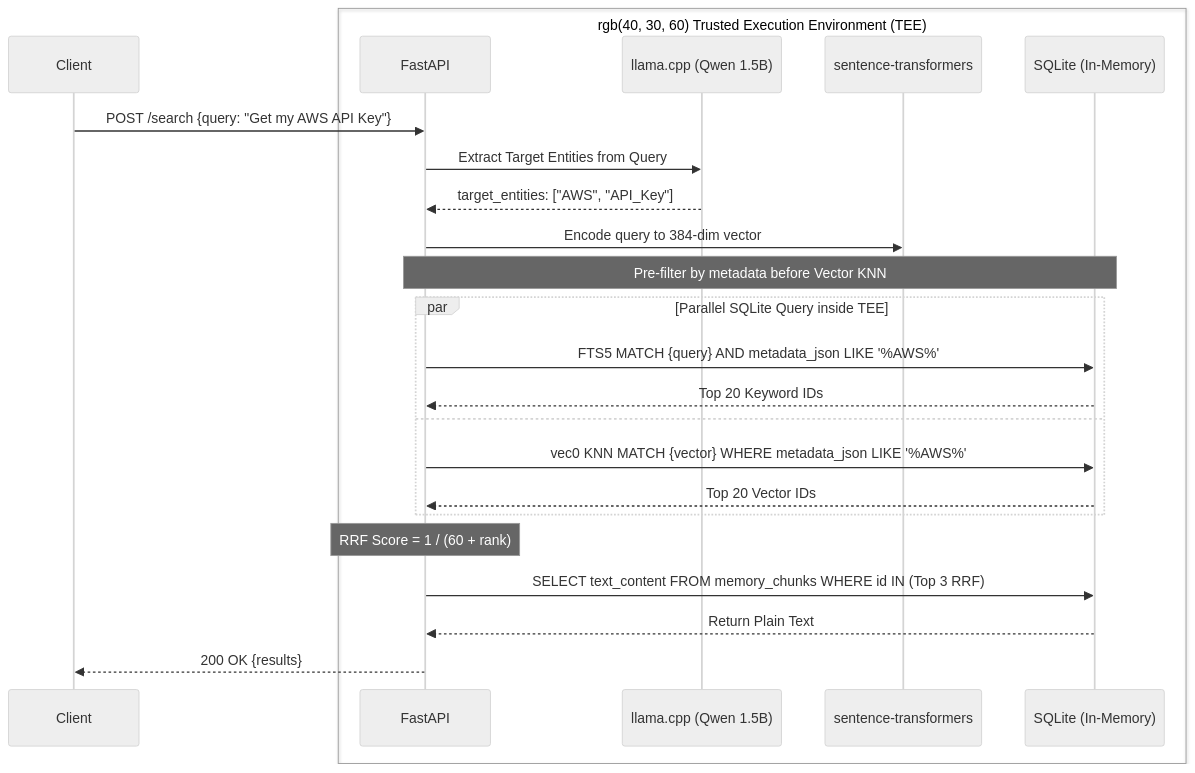
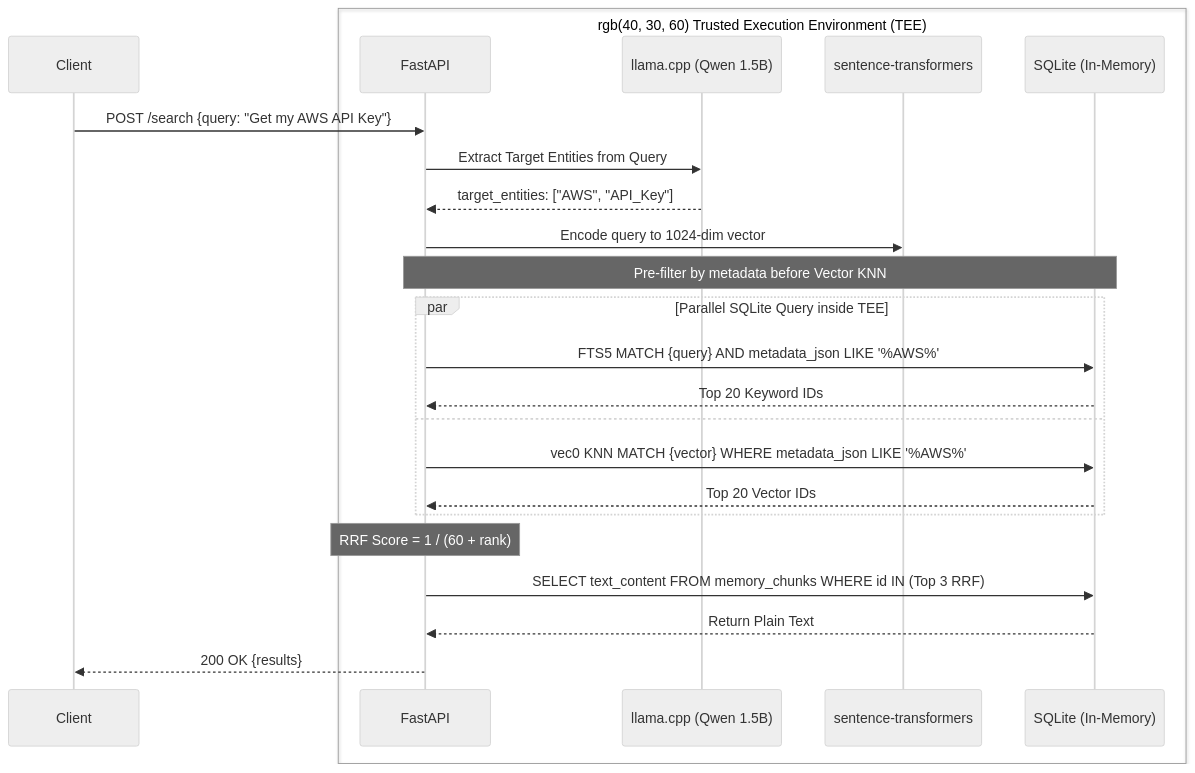
The second of 2 diagrams in docs/specs/tee/tdx-saas.md (p-diogo/totalreclaw), drawn with Mermaid (neutral theme) before and after one commit. The commit also changed other lines of this file and 10 other files, not shown here.

````diff
--- a/docs/specs/tee/tdx-saas.md
+++ b/docs/specs/tee/tdx-saas.md
@@ -105,34 +105,34 @@
 ```mermaid
 sequenceDiagram
     participant Client
     box rgb(40, 30, 60) Trusted Execution Environment (TEE)
     participant API as FastAPI
     participant LLM as llama.cpp (Qwen 1.5B)
     participant Model as sentence-transformers
     participant DB as SQLite (In-Memory)
     end
 
     Client->>API: POST /search {query: "Get my AWS API Key"}
     
     %% LLM Query Parsing
     API->>LLM: Extract Target Entities from Query
     LLM-->>API: target_entities: ["AWS", "API_Key"]
     
-    API->>Model: Encode query to 384-dim vector
+    API->>Model: Encode query to 1024-dim vector
     
     %% SQLite Pre-Filtering Execution
     Note over API, DB: Pre-filter by metadata before Vector KNN
     par Parallel SQLite Query inside TEE
         API->>DB: FTS5 MATCH {query} AND metadata_json LIKE '%AWS%'
         DB-->>API: Top 20 Keyword IDs
     and
         API->>DB: vec0 KNN MATCH {vector} WHERE metadata_json LIKE '%AWS%'
         DB-->>API: Top 20 Vector IDs
     end
     
     Note over API: RRF Score = 1 / (60 + rank)
     
     API->>DB: SELECT text_content FROM memory_chunks WHERE id IN (Top 3 RRF)
     DB-->>API: Return Plain Text
     API-->>Client: 200 OK {results}
 ```
````
